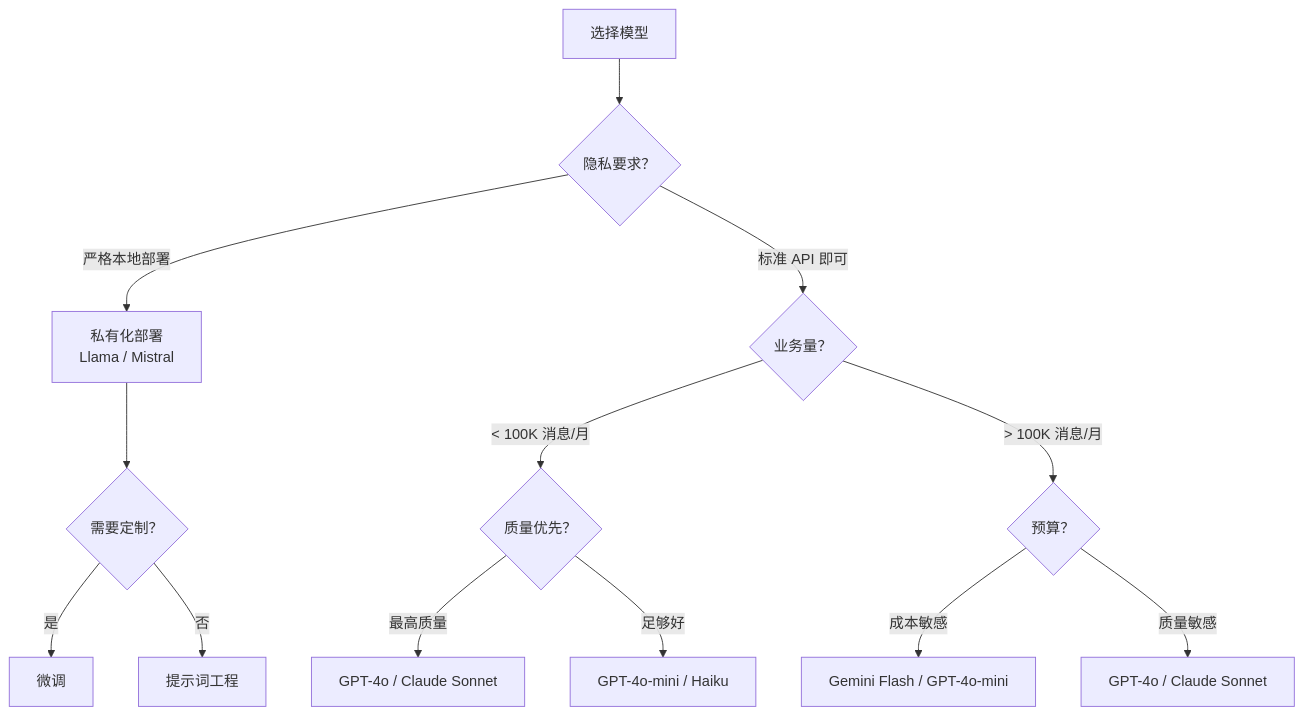
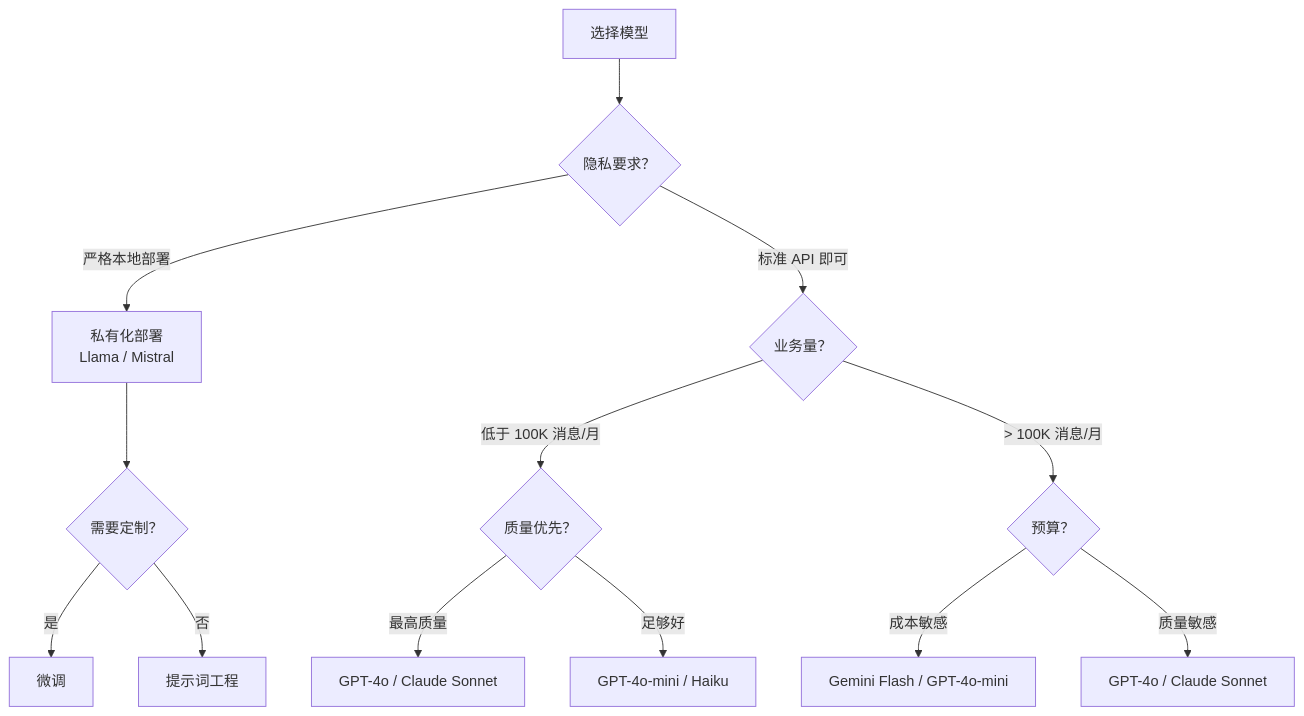
The first of 3 diagrams in i18n/zh/docusaurus-plugin-content-docs/current/06-ai-models.md (stars-labs/ai-driven-customer-service), drawn with Mermaid before and after one commit. The commit also changed 5 other files, not shown here.

Commit message:
Fix mermaid crash: escape < in diagram labels (EN + ZH)

````diff
--- a/i18n/zh/docusaurus-plugin-content-docs/current/06-ai-models.md
+++ b/i18n/zh/docusaurus-plugin-content-docs/current/06-ai-models.md
@@ -35,20 +35,20 @@
 ```mermaid
 flowchart TB
     Start[选择模型] --> Q1{隐私要求？}
 
     Q1 -->|严格本地部署| SelfHost[私有化部署<br/>Llama / Mistral]
     Q1 -->|标准 API 即可| Q2{业务量？}
 
-    Q2 -->|< 100K 消息/月| Q3{质量优先？}
+    Q2 -->|低于 100K 消息/月| Q3{质量优先？}
     Q2 -->|> 100K 消息/月| Q4{预算？}
 
     Q3 -->|最高质量| GPT4[GPT-4o / Claude Sonnet]
     Q3 -->|足够好| Mini[GPT-4o-mini / Haiku]
 
     Q4 -->|成本敏感| Cheap[Gemini Flash / GPT-4o-mini]
     Q4 -->|质量敏感| Premium[GPT-4o / Claude Sonnet]
 
     SelfHost --> FineTune{需要定制？}
     FineTune -->|是| FT[微调]
     FineTune -->|否| Prompt[提示词工程]
 ```
````
